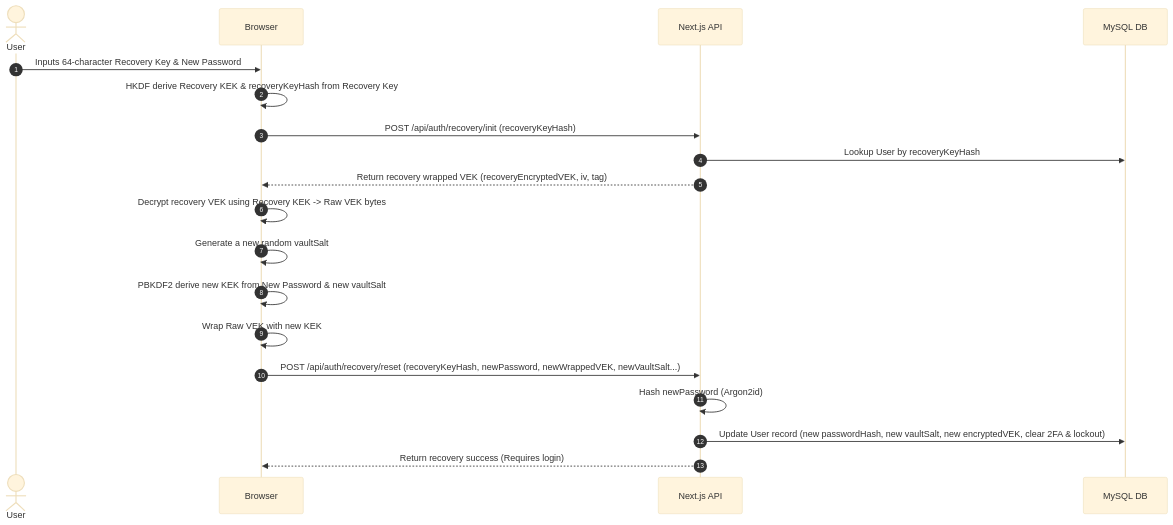
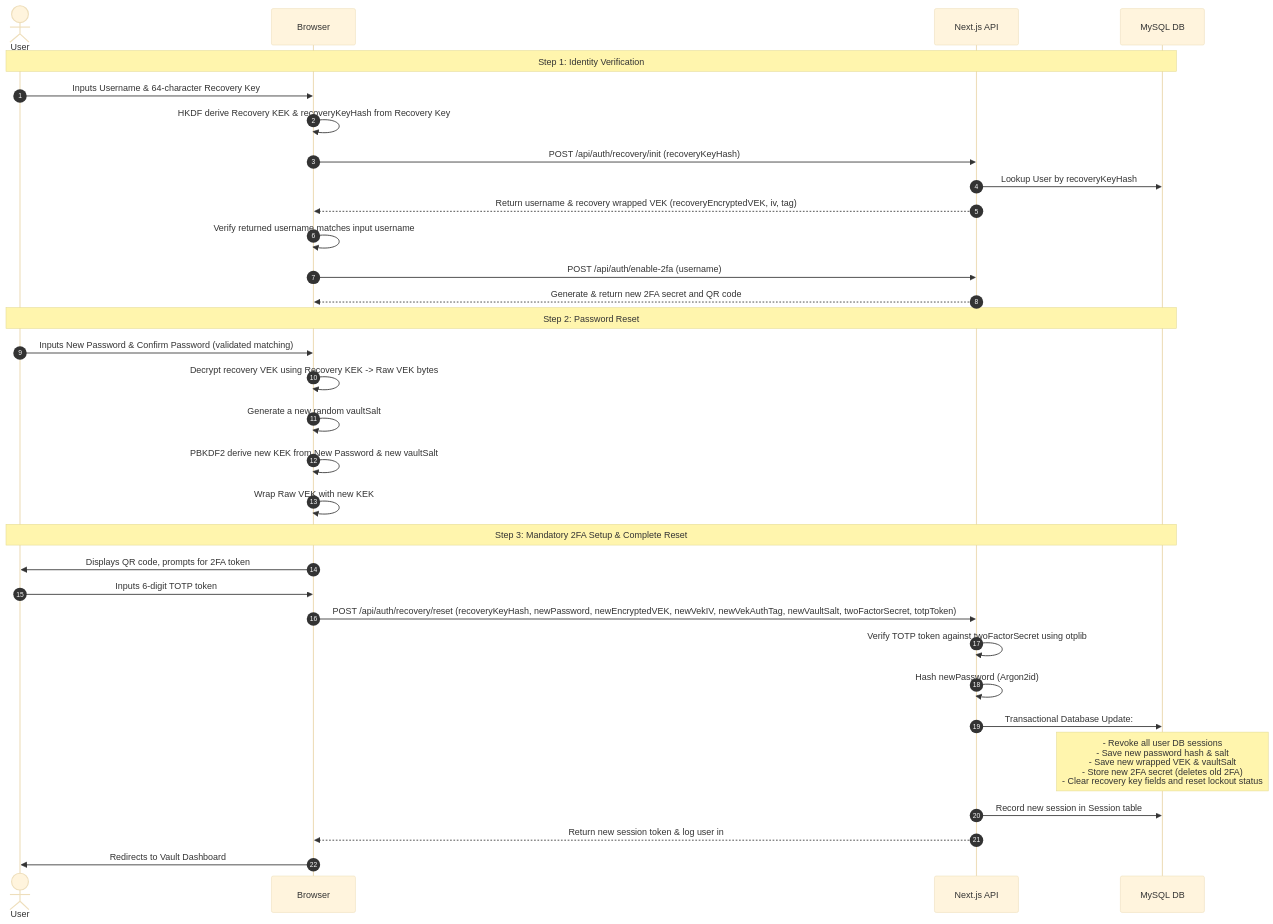
The fourth of 4 diagrams in ZK password manager.md (Ad1tya244/ZK-Password-Manager), drawn with Mermaid (base theme) before and after one commit. The commit also changed other lines of this file and 27 other files, not shown here.

Commit message:
feat: implement session revocation, Upstash rate limiting and mandatory 2FA recovery flow

````diff
--- a/ZK password manager.md
+++ b/ZK password manager.md
@@ -216,22 +226,37 @@
 ```mermaid
 sequenceDiagram
     autonumber
     actor User
     participant Browser
     participant API as Next.js API
     participant DB as MySQL DB
 
-    User->>Browser: Inputs 64-character Recovery Key & New Password
+    Note over User, DB: Step 1: Identity Verification
+    User->>Browser: Inputs Username & 64-character Recovery Key
     Browser->>Browser: HKDF derive Recovery KEK & recoveryKeyHash from Recovery Key
     Browser->>API: POST /api/auth/recovery/init (recoveryKeyHash)
     API->>DB: Lookup User by recoveryKeyHash
-    API-->>Browser: Return recovery wrapped VEK (recoveryEncryptedVEK, iv, tag)
+    API-->>Browser: Return username & recovery wrapped VEK (recoveryEncryptedVEK, iv, tag)
+    Browser->>Browser: Verify returned username matches input username
+    Browser->>API: POST /api/auth/enable-2fa (username)
+    API-->>Browser: Generate & return new 2FA secret and QR code
+
+    Note over User, DB: Step 2: Password Reset
+    User->>Browser: Inputs New Password & Confirm Password (validated matching)
     Browser->>Browser: Decrypt recovery VEK using Recovery KEK -> Raw VEK bytes
     Browser->>Browser: Generate a new random vaultSalt
     Browser->>Browser: PBKDF2 derive new KEK from New Password & new vaultSalt
     Browser->>Browser: Wrap Raw VEK with new KEK
-    Browser->>API: POST /api/auth/recovery/reset (recoveryKeyHash, newPassword, newWrappedVEK, newVaultSalt...)
+
+    Note over User, DB: Step 3: Mandatory 2FA Setup & Complete Reset
+    Browser->>User: Displays QR code, prompts for 2FA token
+    User->>Browser: Inputs 6-digit TOTP token
+    Browser->>API: POST /api/auth/recovery/reset (recoveryKeyHash, newPassword, newEncryptedVEK, newVekIV, newVekAuthTag, newVaultSalt, twoFactorSecret, totpToken)
+    API->>API: Verify TOTP token against twoFactorSecret using otplib
     API->>API: Hash newPassword (Argon2id)
-    API->>DB: Update User record (new passwordHash, new vaultSalt, new encryptedVEK, clear 2FA & lockout)
-    API-->>Browser: Return recovery success (Requires login)
+    API->>DB: Transactional Database Update:
+    Note over DB: - Revoke all user DB sessions<br/>- Save new password hash & salt<br/>- Save new wrapped VEK & vaultSalt<br/>- Store new 2FA secret (deletes old 2FA)<br/>- Clear recovery key fields and reset lockout status
+    API->>DB: Record new session in Session table
+    API-->>Browser: Return new session token & log user in
+    Browser->>User: Redirects to Vault Dashboard
 ```
````
